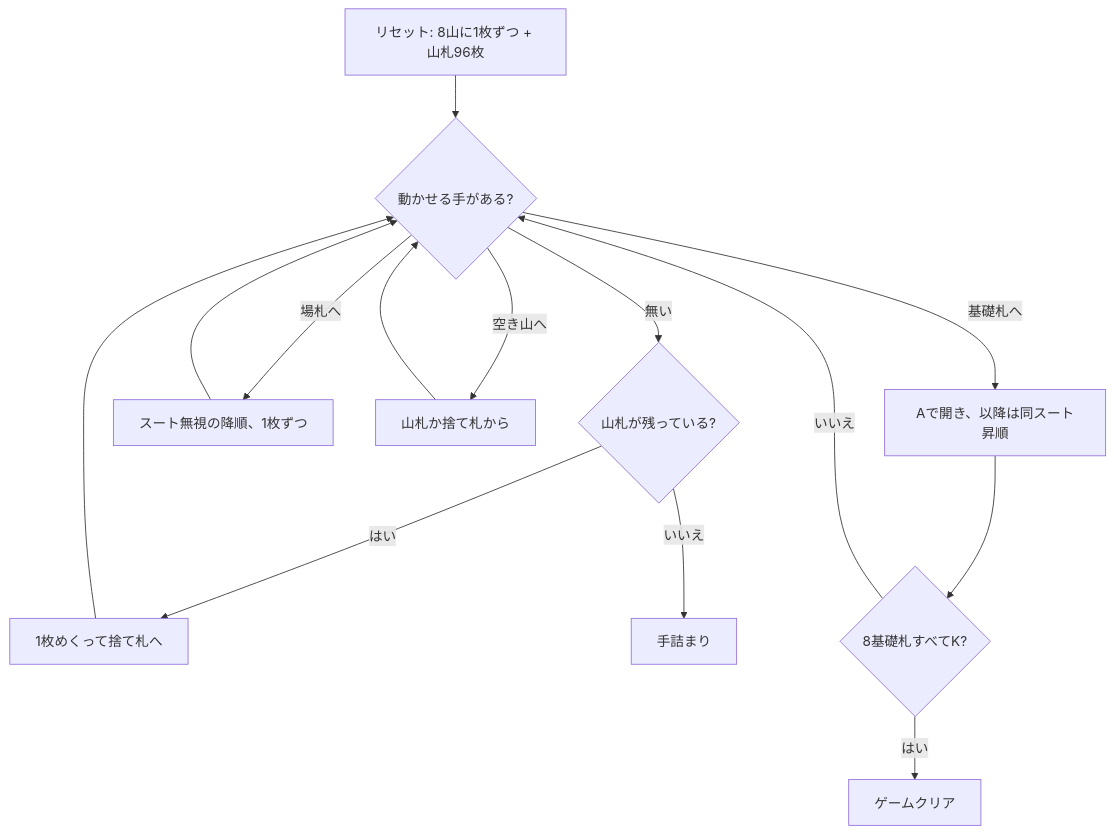
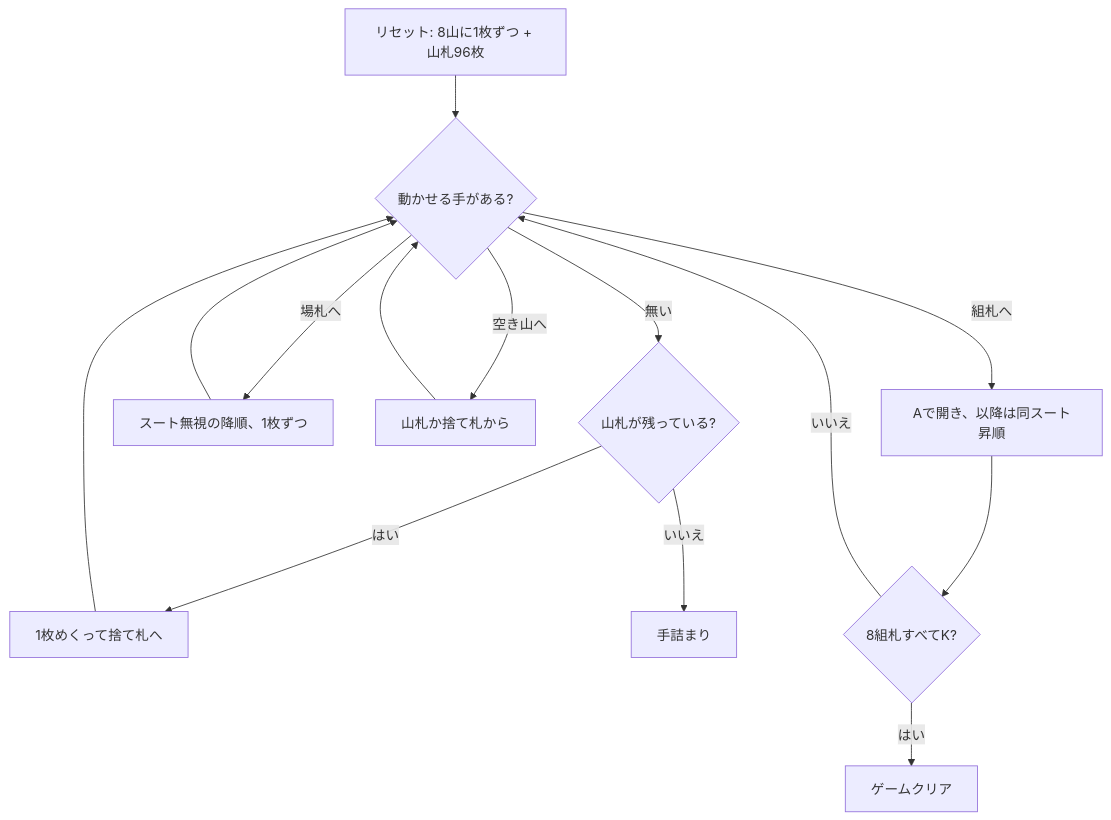
Before and after one commit to yuta-yoshinaga/go_trumpcards: the diagram in docs/manual/cui/congress.md, drawn with Mermaid. The commit also changed other lines of this file and 71 other files, not shown here.

````diff
--- a/docs/manual/cui/congress.md
+++ b/docs/manual/cui/congress.md
@@ -33,16 +33,16 @@
 ```mermaid
 flowchart TD
     A[リセット: 8山に1枚ずつ + 山札96枚] --> B{動かせる手がある?}
-    B -- 基礎札へ --> C[Aで開き、以降は同スート昇順]
+    B -- 組札へ --> C[Aで開き、以降は同スート昇順]
     B -- 場札へ --> D[スート無視の降順、1枚ずつ]
     B -- 空き山へ --> E[山札か捨て札から]
     B -- 無い --> F{山札が残っている?}
     F -- はい --> G[1枚めくって捨て札へ]
     F -- いいえ --> H[手詰まり]
-    C --> I{8基礎札すべてK?}
+    C --> I{8組札すべてK?}
     D --> B
     E --> B
     G --> B
     I -- はい --> J[ゲームクリア]
     I -- いいえ --> B
 ```
````
